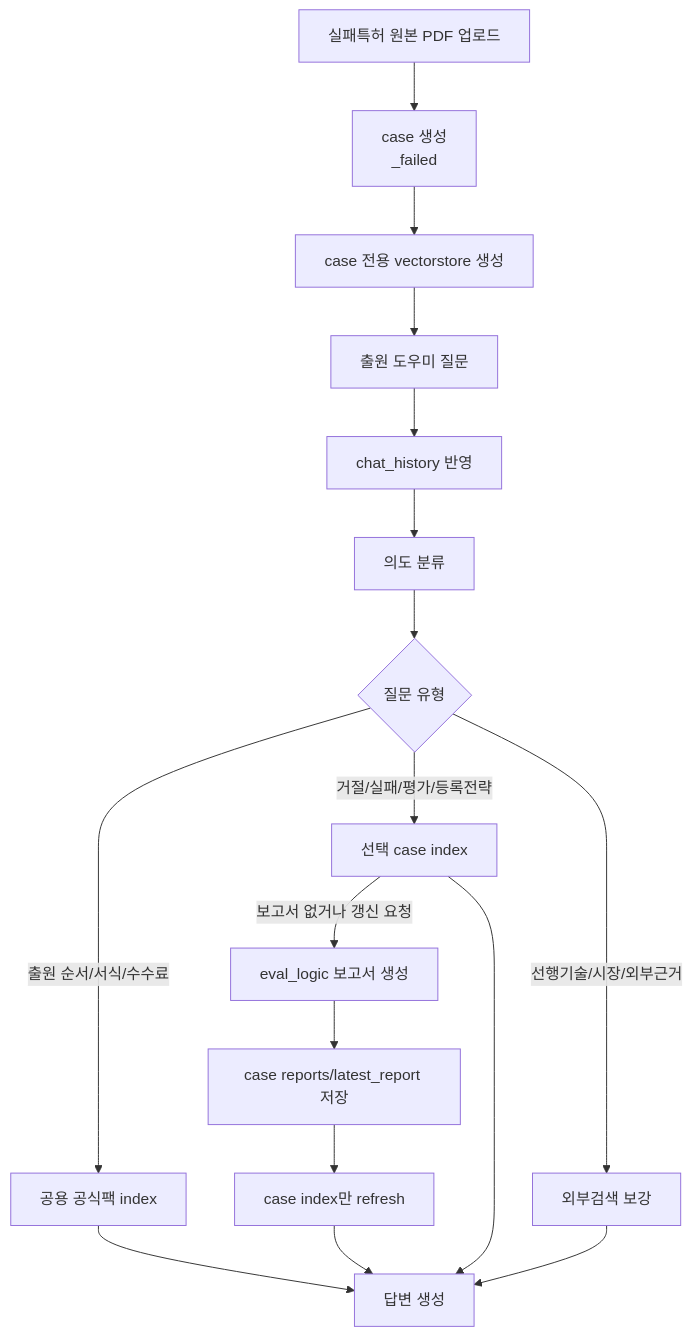
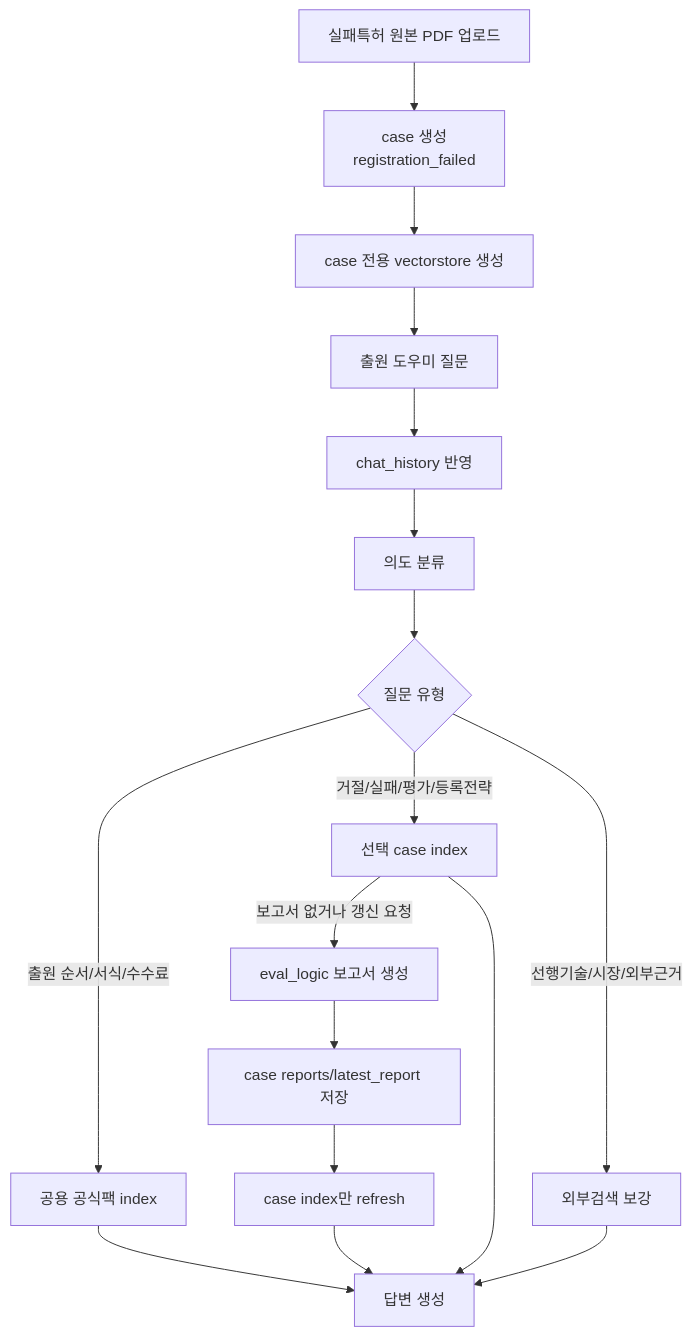
The second of 2 diagrams in chatbot/README.md (skipers/skipa-ai-server), drawn with Mermaid before and after one commit. The commit also changed other lines of this file and 6 other files, not shown here.

````diff
--- a/chatbot/README.md
+++ b/chatbot/README.md
@@ -200,19 +212,19 @@
 ```mermaid
 flowchart TD
-  U[실패특허 원본 PDF 업로드] --> C[case 생성<br/><registration>_failed]
+  U[실패특허 원본 PDF 업로드] --> C[case 생성<br/>registration_failed]
   C --> CI[case 전용 vectorstore 생성]
   CI --> Q[출원 도우미 질문]
   Q --> H[chat_history 반영]
   H --> I[의도 분류]
   I --> P{질문 유형}
   P -->|출원 순서/서식/수수료| COMMON[공용 공식팩 index]
   P -->|거절/실패/평가/등록전략| CASE[선택 case index]
   P -->|선행기술/시장/외부근거| WEB[외부검색 보강]
   CASE -->|보고서 없거나 갱신 요청| REPORT[eval_logic 보고서 생성]
   REPORT --> SAVE[case reports/latest_report 저장]
   SAVE --> REFRESH[case index만 refresh]
   COMMON --> A[답변 생성]
   CASE --> A
   WEB --> A
   REFRESH --> A
 ```
````
